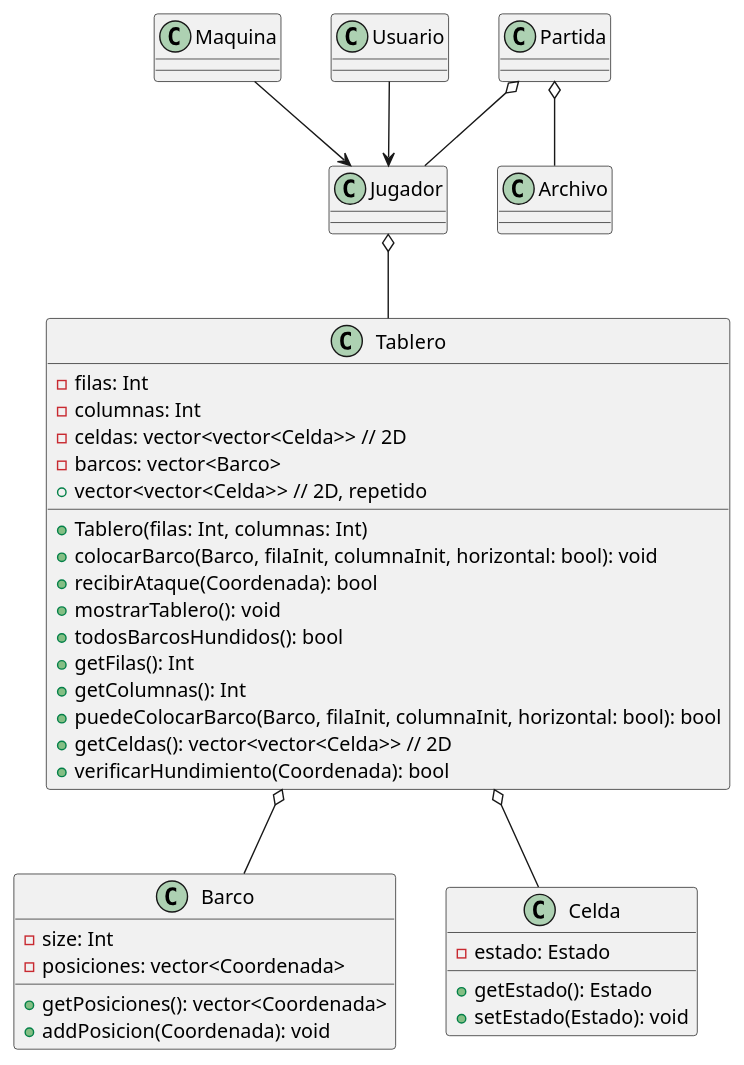
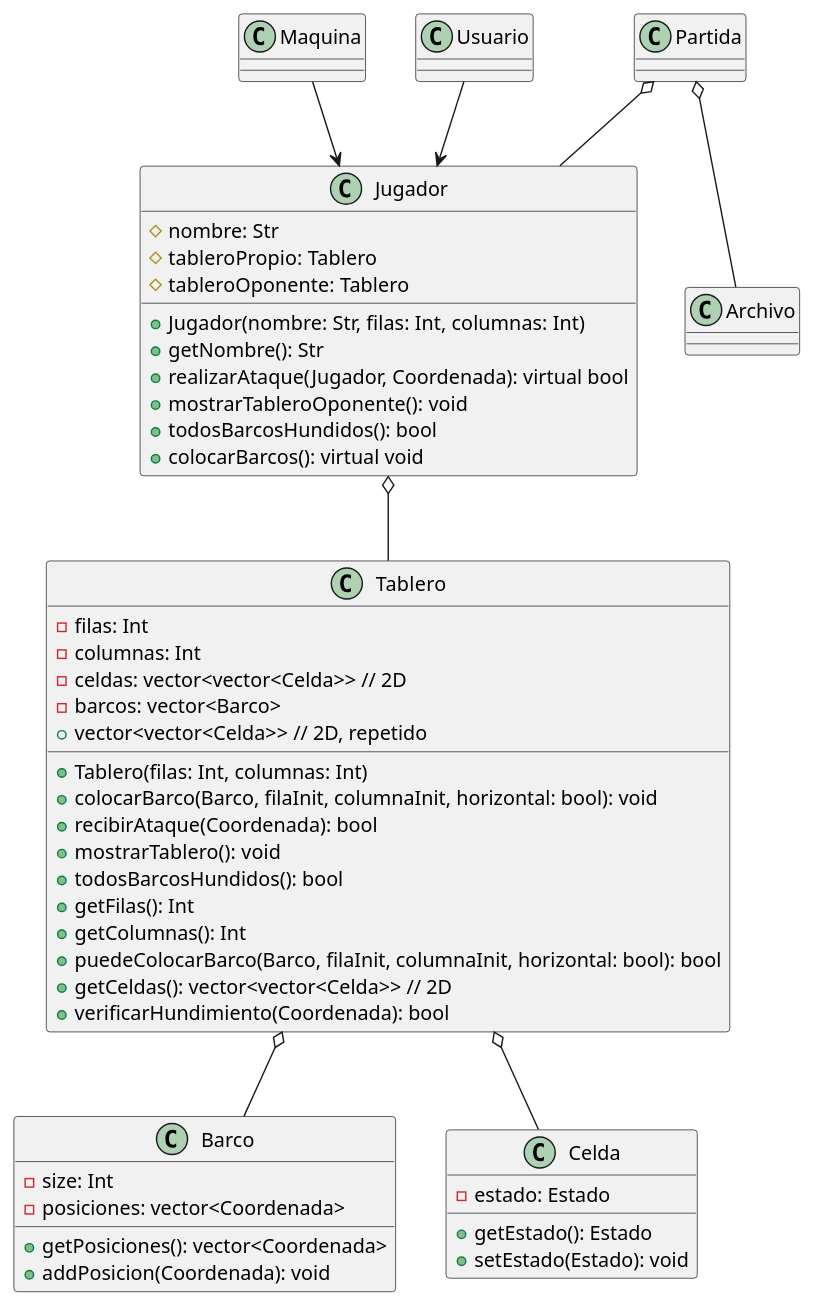
One commit to santiago6124/ProyectoFinalProg2 changed the diagram in docs/diagrama.wsd. Above: the diagram before and after it, drawn with PlantUML.

Commit message:
diagram v3 updated

```diff
--- a/docs/diagrama.wsd
+++ b/docs/diagrama.wsd
@@ -1,64 +1,73 @@
 @startuml
 
 
 class Tablero {
     - filas: Int
     - columnas: Int
     - celdas: vector<vector<Celda>> // 2D
     - barcos: vector<Barco>
     + Tablero(filas: Int, columnas: Int)
     + colocarBarco(Barco, filaInit, columnaInit, horizontal: bool): void
     + recibirAtaque(Coordenada): bool
     + mostrarTablero(): void
     + todosBarcosHundidos(): bool
     + getFilas(): Int
     + getColumnas(): Int
     + puedeColocarBarco(Barco, filaInit, columnaInit, horizontal: bool): bool
     + vector<vector<Celda>> // 2D, repetido
     + getCeldas(): vector<vector<Celda>> // 2D
     + verificarHundimiento(Coordenada): bool
 }
 
 class Jugador {
+    + Jugador(nombre: Str, filas: Int, columnas: Int)
+    + getNombre(): Str
+    + realizarAtaque(Jugador, Coordenada): virtual bool
+    + mostrarTableroOponente(): void
+    + todosBarcosHundidos(): bool
+    + colocarBarcos(): virtual void
+    # nombre: Str
+    # tableroPropio: Tablero
+    # tableroOponente: Tablero
 }
 
 Jugador o-- Tablero
 
 class Maquina {
 }
 
 class Usuario{
 }
 
 Maquina --> Jugador
 Usuario --> Jugador
 
 class Barco {
     - size: Int
     - posiciones: vector<Coordenada>
     + getPosiciones(): vector<Coordenada>
     + addPosicion(Coordenada): void
 }
 
 Tablero o-- Barco
 
 ' Casillero=Coordenada=Celda
 class Celda{
     - estado: Estado
     + getEstado(): Estado
     + setEstado(Estado): void
 }
 
 Tablero o-- Celda
 
 class Partida{
 }
 
 Partida o-- Jugador
 
 class Archivo{
 }
 
 Partida o-- Archivo
 
 @enduml
```
